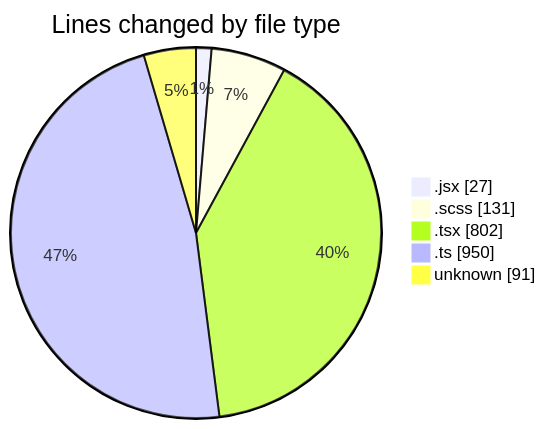
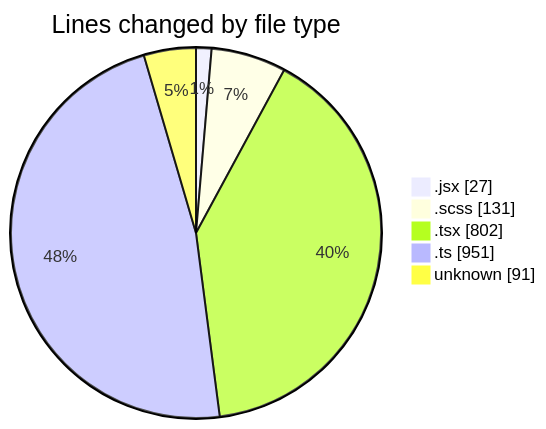
One commit to momahboobian/code-tracking changed the first of 2 diagrams in 2026-03-16/cda/README.md. Above: the diagram before and after it, drawn with Mermaid. The commit also changed other lines of this file and 1 other file, not shown here.

````diff
--- a/2026-03-16/cda/README.md
+++ b/2026-03-16/cda/README.md
@@ -32,9 +32,9 @@
 ```mermaid
 pie showData
 title Lines changed by file type
 ".jsx" : 27
 ".scss" : 131
 ".tsx" : 802
-".ts" : 950
+".ts" : 951
 "unknown" : 91
 ```
````
